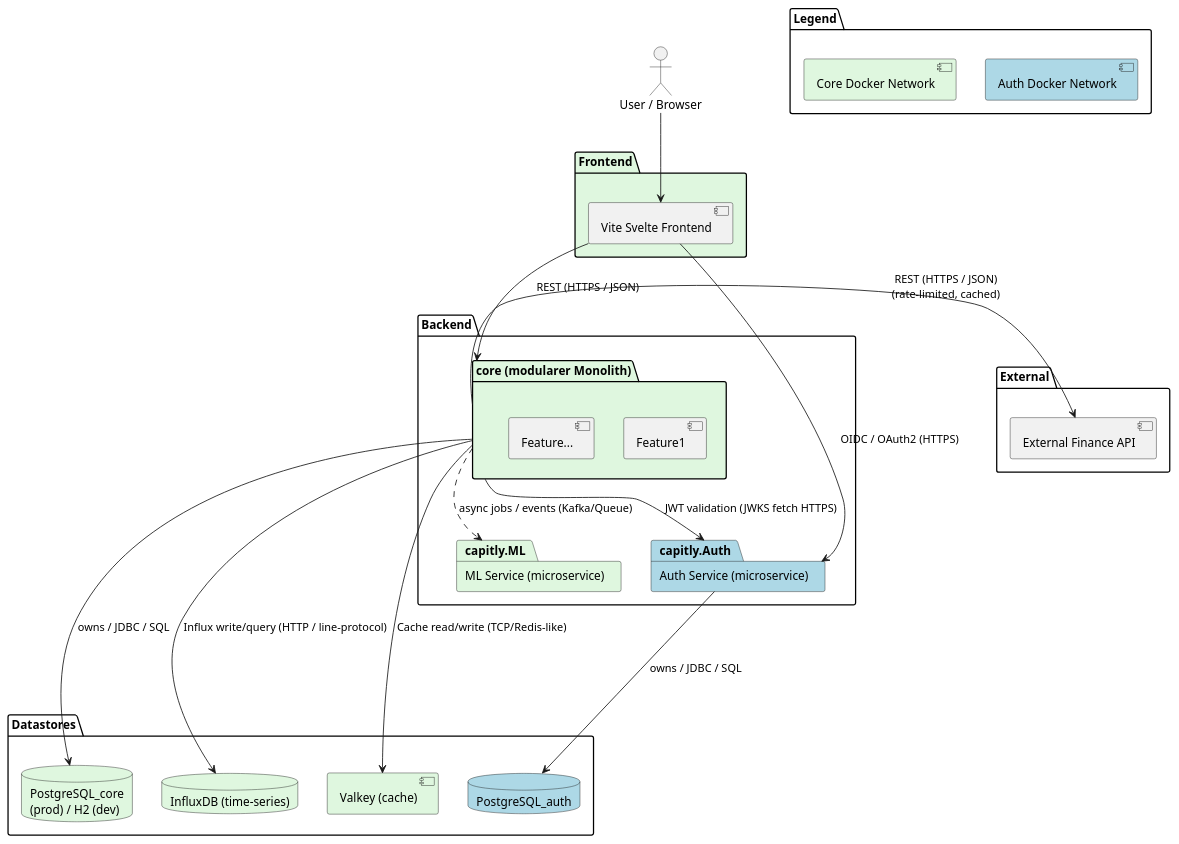
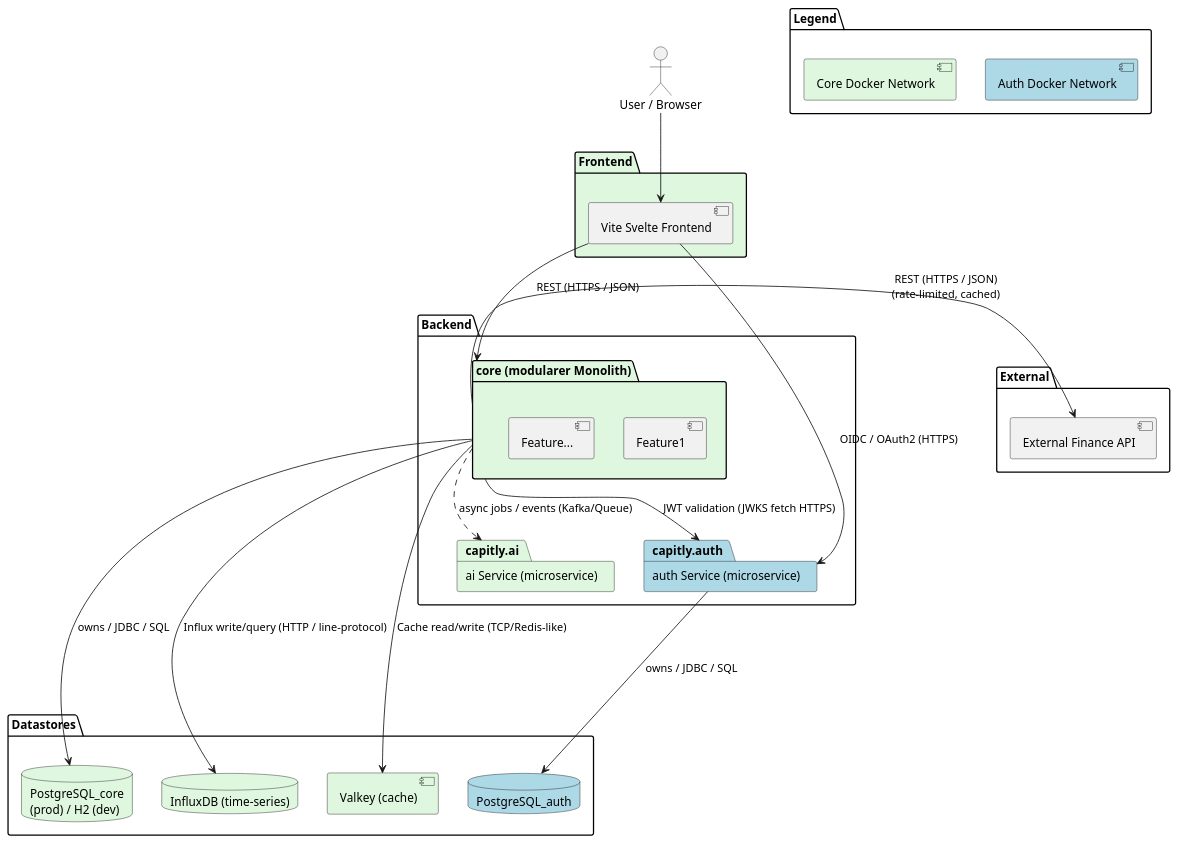
Before and after one commit to InfoBrees/capitly: the diagram in docs/FullSystem/diagrams/SystemDiagram.puml, drawn with PlantUML. The commit also changed 2 other files, not shown here.

```diff
--- a/docs/FullSystem/diagrams/SystemDiagram.puml
+++ b/docs/FullSystem/diagrams/SystemDiagram.puml
@@ -1,50 +1,50 @@
-@startuml System_Diagramm_High-Level
+@startuml System_Diagram_High-Level
 
 actor "User / Browser" as User
 
 package Frontend #DFF7DF{
     component "Vite Svelte Frontend" as svelte
 }
 
 package Backend {
     package "core (modularer Monolith)" as capitly.core #DFF7DF { 
         component Feature1
         component Feature...
     }
 
-    package "Auth Service (microservice)" as capitly.Auth #ADD8E6
-    package "ML Service (microservice)" as capitly.ML #DFF7DF
+    package "auth Service (microservice)" as capitly.auth #ADD8E6
+    package "ai Service (microservice)" as capitly.ai #DFF7DF
 
-    capitly.core ..> capitly.ML : async jobs / events (Kafka/Queue)
-    capitly.core --> capitly.Auth : JWT validation (JWKS fetch HTTPS)
+    capitly.core ..> capitly.ai : async jobs / events (Kafka/Queue)
+    capitly.core --> capitly.auth : JWT validation (JWKS fetch HTTPS)
 }
 
 package Datastores {
     database "PostgreSQL_core\n(prod) / H2 (dev)" as PG_core #DFF7DF
     database "PostgreSQL_auth" as PG_auth #ADD8E6
     database "InfluxDB (time-series)" as INFLUX #DFF7DF
     component "Valkey (cache)" as VALKEY #DFF7DF
 }
 
 capitly.core ---> PG_core : owns / JDBC / SQL
 capitly.core ---> VALKEY : Cache read/write (TCP/Redis-like)
 capitly.core ---> INFLUX : Influx write/query (HTTP / line-protocol)
-capitly.Auth ---> PG_auth : owns / JDBC / SQL
+capitly.auth ---> PG_auth : owns / JDBC / SQL
 
 package External {
     component "External Finance API" as FINAPI
 }
 
 
 User --> svelte
 svelte --> capitly.core : REST (HTTPS / JSON)
-svelte --> capitly.Auth : OIDC / OAuth2 (HTTPS)
+svelte --> capitly.auth : OIDC / OAuth2 (HTTPS)
 
 capitly.core -> FINAPI : REST (HTTPS / JSON)\n(rate‑limited, cached)
 ' Legend
 package Legend {
     component "Auth Docker Network" as legendAuth #ADD8E6
     component "Core Docker Network" as legendCore #DFF7DF
 }
 
 @enduml
```
